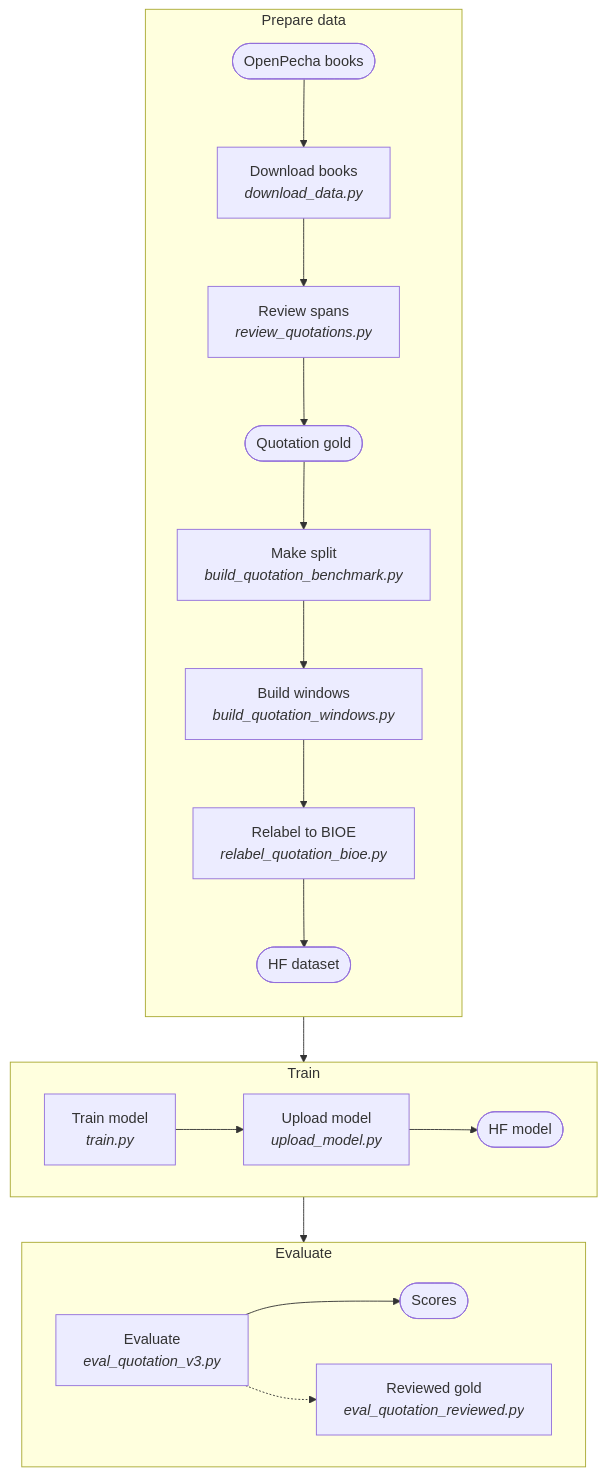
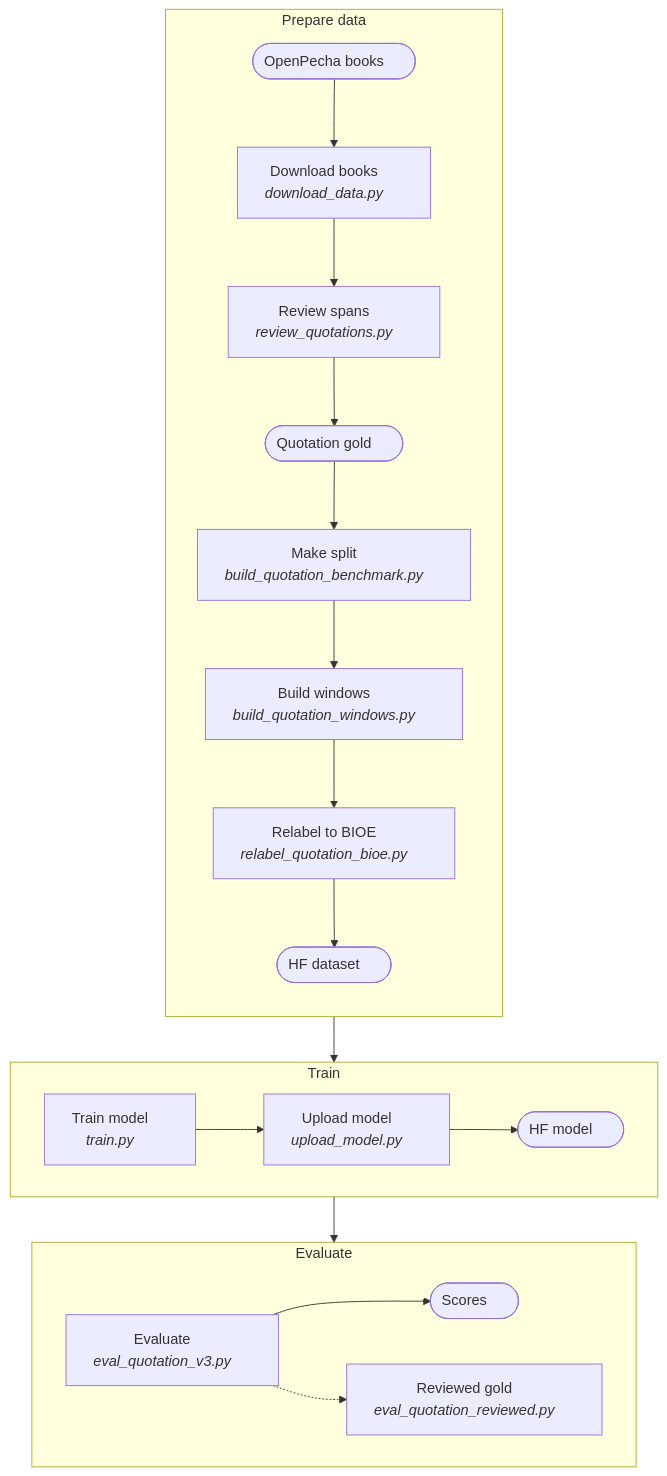
One commit to tenzinyonten/tibetan-layer-detection changed the diagram in quotation/README.md. Above: the diagram before and after it, drawn with Mermaid. The commit also changed 8 other files, not shown here.

Commit message:
Add padding to flowchart labels so GitHub does not clip them

````diff
--- a/quotation/README.md
+++ b/quotation/README.md
@@ -30,25 +30,25 @@
 ```mermaid
 flowchart TD
-  subgraph PREP["Prepare data"]
+  subgraph PREP["Prepare data&nbsp;&nbsp;&nbsp;&nbsp;&nbsp;"]
     direction TB
-    F1(["OpenPecha books"]) --> S1["Download books<br/><i>download_data.py</i>"]
-    S1 --> S2["Review spans<br/><i>review_quotations.py</i>"]
-    S2 --> F2(["Quotation gold"])
-    F2 --> S3["Make split<br/><i>build_quotation_benchmark.py</i>"]
-    S3 --> S4["Build windows<br/><i>build_quotation_windows.py</i>"]
-    S4 --> S5["Relabel to BIOE<br/><i>relabel_quotation_bioe.py</i>"]
-    S5 --> F3(["HF dataset"])
+    F1(["OpenPecha books&nbsp;&nbsp;&nbsp;&nbsp;&nbsp;"]) --> S1["Download books&nbsp;&nbsp;&nbsp;&nbsp;&nbsp;<br/><i>download_data.py&nbsp;&nbsp;&nbsp;&nbsp;&nbsp;</i>"]
+    S1 --> S2["Review spans&nbsp;&nbsp;&nbsp;&nbsp;&nbsp;<br/><i>review_quotations.py&nbsp;&nbsp;&nbsp;&nbsp;&nbsp;</i>"]
+    S2 --> F2(["Quotation gold&nbsp;&nbsp;&nbsp;&nbsp;&nbsp;"])
+    F2 --> S3["Make split&nbsp;&nbsp;&nbsp;&nbsp;&nbsp;<br/><i>build_quotation_benchmark.py&nbsp;&nbsp;&nbsp;&nbsp;&nbsp;</i>"]
+    S3 --> S4["Build windows&nbsp;&nbsp;&nbsp;&nbsp;&nbsp;<br/><i>build_quotation_windows.py&nbsp;&nbsp;&nbsp;&nbsp;&nbsp;</i>"]
+    S4 --> S5["Relabel to BIOE&nbsp;&nbsp;&nbsp;&nbsp;&nbsp;<br/><i>relabel_quotation_bioe.py&nbsp;&nbsp;&nbsp;&nbsp;&nbsp;</i>"]
+    S5 --> F3(["HF dataset&nbsp;&nbsp;&nbsp;&nbsp;&nbsp;"])
   end
-  subgraph TRAIN["Train"]
+  subgraph TRAIN["Train&nbsp;&nbsp;&nbsp;&nbsp;&nbsp;"]
     direction LR
-    S6["Train model<br/><i>train.py</i>"] --> S7["Upload model<br/><i>upload_model.py</i>"]
-    S7 --> F4(["HF model"])
+    S6["Train model&nbsp;&nbsp;&nbsp;&nbsp;&nbsp;<br/><i>train.py&nbsp;&nbsp;&nbsp;&nbsp;&nbsp;</i>"] --> S7["Upload model&nbsp;&nbsp;&nbsp;&nbsp;&nbsp;<br/><i>upload_model.py&nbsp;&nbsp;&nbsp;&nbsp;&nbsp;</i>"]
+    S7 --> F4(["HF model&nbsp;&nbsp;&nbsp;&nbsp;&nbsp;"])
   end
-  subgraph EVAL["Evaluate"]
+  subgraph EVAL["Evaluate&nbsp;&nbsp;&nbsp;&nbsp;&nbsp;"]
     direction LR
-    S8["Evaluate<br/><i>eval_quotation_v3.py</i>"] --> F5(["Scores"])
-    S8 -.-> S9["Reviewed gold<br/><i>eval_quotation_reviewed.py</i>"]
+    S8["Evaluate&nbsp;&nbsp;&nbsp;&nbsp;&nbsp;<br/><i>eval_quotation_v3.py&nbsp;&nbsp;&nbsp;&nbsp;&nbsp;</i>"] --> F5(["Scores&nbsp;&nbsp;&nbsp;&nbsp;&nbsp;"])
+    S8 -.-> S9["Reviewed gold&nbsp;&nbsp;&nbsp;&nbsp;&nbsp;<br/><i>eval_quotation_reviewed.py&nbsp;&nbsp;&nbsp;&nbsp;&nbsp;</i>"]
   end
   PREP --> TRAIN
   TRAIN --> EVAL
 ```
````
